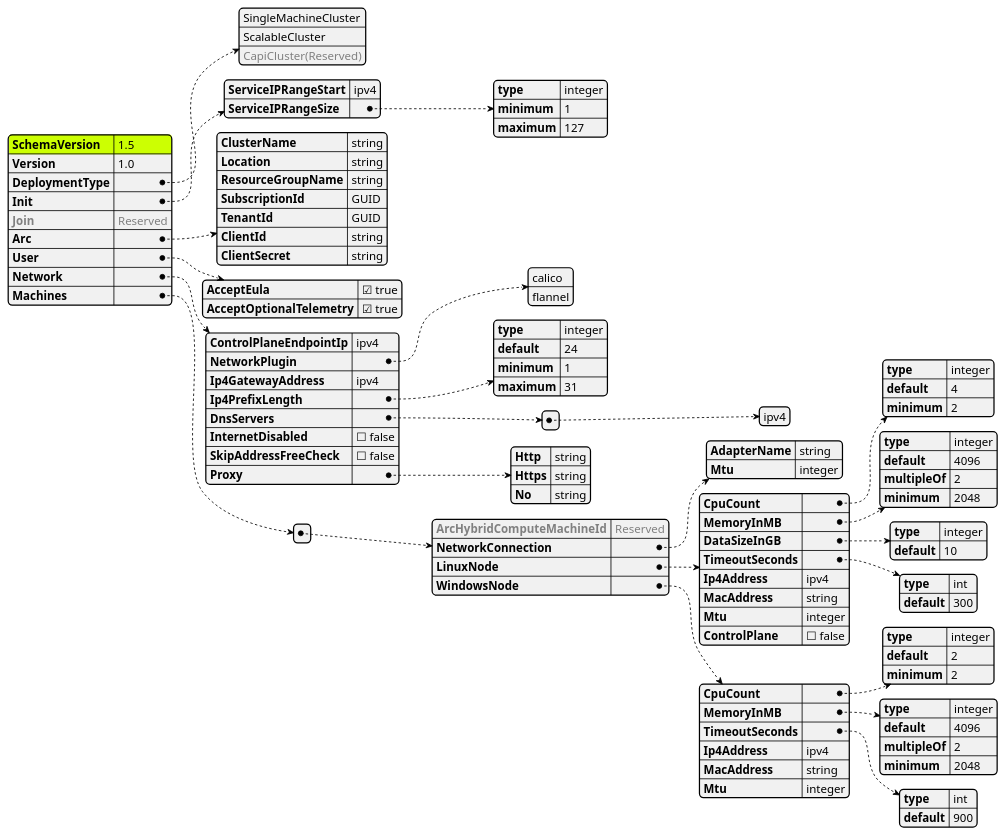
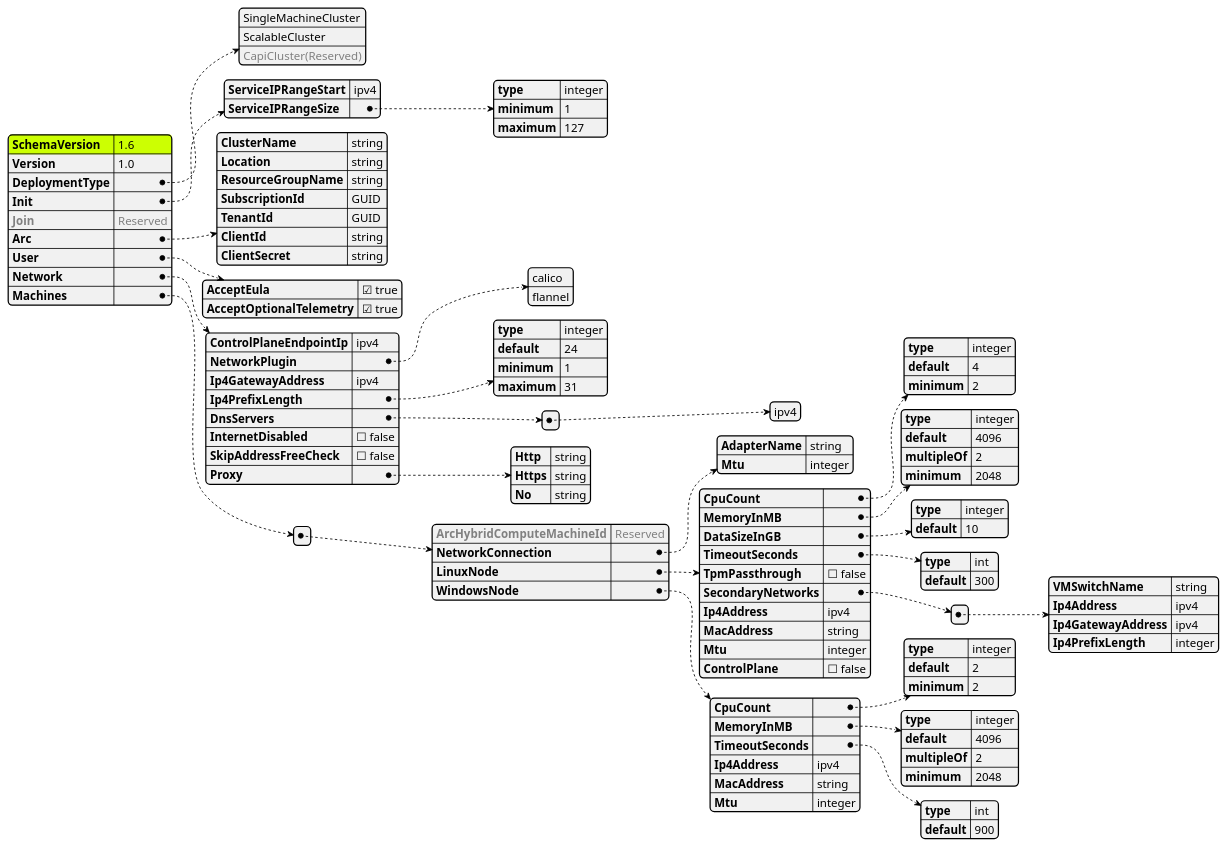
One commit to Azure/AKS-Edge changed the diagram in tools/modules/AksEdgeDeploy/aksedge-dc.puml. Above: the diagram before and after it, drawn with PlantUML. The commit also changed 11 other files, not shown here.

First line of the commit message:
schema 1.6 changes (#96)

```diff
--- a/tools/modules/AksEdgeDeploy/aksedge-dc.puml
+++ b/tools/modules/AksEdgeDeploy/aksedge-dc.puml
@@ -1,128 +1,137 @@
 @startjson AksEdgeSchema
 <style>
 jsonDiagram {
     node {
         FontSize 14
         RoundCorner 10
         LineThickness 0.5
         separator {
             LineThickness 0.25
         }
     }
     arrow {
         LineThickness 0.5
         LineStyle 2;6
     }
     highlight {
         BackgroundColor black
         FontColor White
     }
 }
 </style>
 #highlight "SchemaVersion"
 {
-    "SchemaVersion": "1.5",
+    "SchemaVersion": "1.6",
     "Version": "1.0",
     "DeploymentType": [
             "SingleMachineCluster",
             "ScalableCluster",
             "<color:gray>CapiCluster(Reserved)"
     ],
     "Init": {
         "ServiceIPRangeStart": "ipv4",
         "ServiceIPRangeSize": {
             "type": "integer",
             "minimum" : 1,
             "maximum" : 127
         }
     },
     "<color:gray>Join":"<color:gray>Reserved",
     "Arc": {
         "ClusterName": "string",
         "Location": "string",
         "ResourceGroupName": "string",
         "SubscriptionId": "GUID",
         "TenantId": "GUID",
         "ClientId": "string",
         "ClientSecret": "string"
     },
     "User": {
         "AcceptEula": true,
         "AcceptOptionalTelemetry": true
     },
     "Network": {
         "ControlPlaneEndpointIp": "ipv4",
         "NetworkPlugin": [
                 "calico",
                 "flannel"
         ],
         "Ip4GatewayAddress": "ipv4",
         "Ip4PrefixLength": {
             "type": "integer",
             "default": 24,
             "minimum": 1,
             "maximum": 31
         },
         "DnsServers": [["ipv4"]],
         "InternetDisabled": false,
         "SkipAddressFreeCheck":false,
         "Proxy": {
             "Http":"string",
             "Https":"string",
             "No":"string"
         }
     },
     "Machines":[{
         "<color:gray>ArcHybridComputeMachineId":"<color:gray>Reserved",
         "NetworkConnection":{
             "AdapterName":"string",
             "Mtu":"integer"
         },
         "LinuxNode":{
             "CpuCount": {
                 "type": "integer",
                 "default": 4,
                 "minimum": 2
             },
             "MemoryInMB": {
                 "type": "integer",
                 "default": 4096,
                 "multipleOf": 2,
                 "minimum": 2048
             },
             "DataSizeInGB": {
                 "type": "integer",
                 "default": 10
             },
             "TimeoutSeconds": {
                 "type": "int",
                 "default": 300
             },
+            "TpmPassthrough": false,
+            "SecondaryNetworks": [
+                {
+                    "VMSwitchName" : "string",
+                    "Ip4Address": "ipv4",
+                    "Ip4GatewayAddress": "ipv4",
+                    "Ip4PrefixLength": "integer"
+                }
+            ],
             "Ip4Address": "ipv4",
             "MacAddress": "string",
             "Mtu": "integer",
             "ControlPlane" : false
         },
         "WindowsNode":{
             "CpuCount": {
                 "type": "integer",
                 "default": 2,
                 "minimum": 2
             },
             "MemoryInMB": {
                 "type": "integer",
                 "default": 4096,
                 "multipleOf": 2,
                 "minimum": 2048
             },
             "TimeoutSeconds": {
                 "type": "int",
                 "default": 900
             },
             "Ip4Address": "ipv4",
             "MacAddress": "string",
             "Mtu": "integer"
         }
     }]
 }
 @endjson
```
